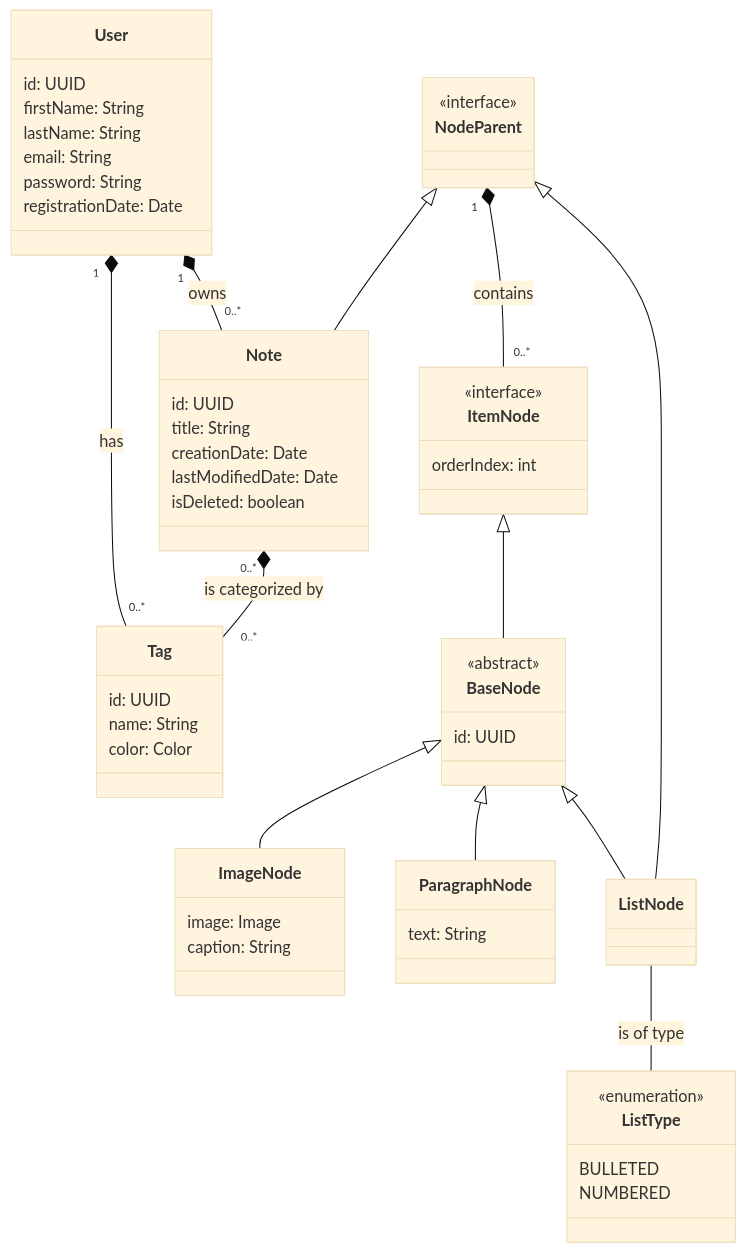
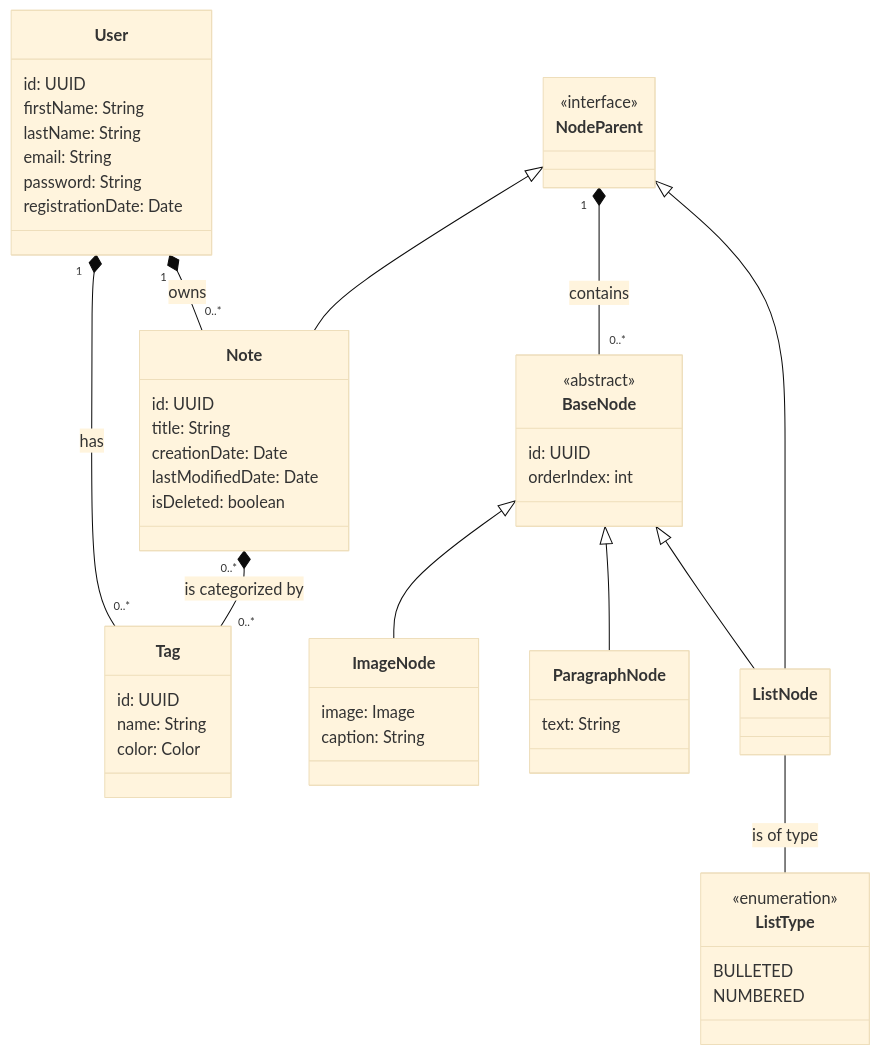
Before and after one commit to 1Myke/Overnote: the diagram in doc/domain-model.md, drawn with Mermaid (base theme). The commit also changed 1 other file, not shown here.

Commit message:
[DOC] Simplify domain model diagram

````diff
--- a/doc/domain-model.md
+++ b/doc/domain-model.md
@@ -10,68 +10,63 @@
 ```mermaid
 classDiagram
     User "1" *-- "0..*" Note : owns
     User "1" *-- "0..*" Tag : has
     Note "0..*" *-- "0..*" Tag : is categorized by
 
-    NodeParent "1" *-- "0..*" ItemNode : contains
+    NodeParent "1" *-- "0..*" BaseNode : contains
 
     BaseNode <|-- ImageNode
     BaseNode <|-- ParagraphNode
     BaseNode <|-- ListNode
-    ItemNode <|-- BaseNode
     NodeParent <|-- Note
     NodeParent <|-- ListNode
     ListNode -- ListType : is of type
 
     class User {
         id: UUID
         firstName: String
         lastName: String
         email: String
         password: String
         registrationDate: Date
     }
 
     class Note {
         id: UUID
         title: String
         creationDate: Date
         lastModifiedDate: Date
         isDeleted: boolean
     }
 
     class Tag {
         id: UUID
         name: String
         color: Color
     }
 
     class BaseNode {
         <<abstract>>
         id: UUID
+        orderIndex: int
     }
 
     class ParagraphNode {
         text: String
     }
 
     class ImageNode {
         image: Image
         caption: String
     }
 
     class ListType {
         <<enumeration>>
         BULLETED
         NUMBERED
     }
     
     class NodeParent {
         <<interface>>
     }
-    
-    class ItemNode {
-        <<interface>>
-        orderIndex: int
-    }
 ```
````
